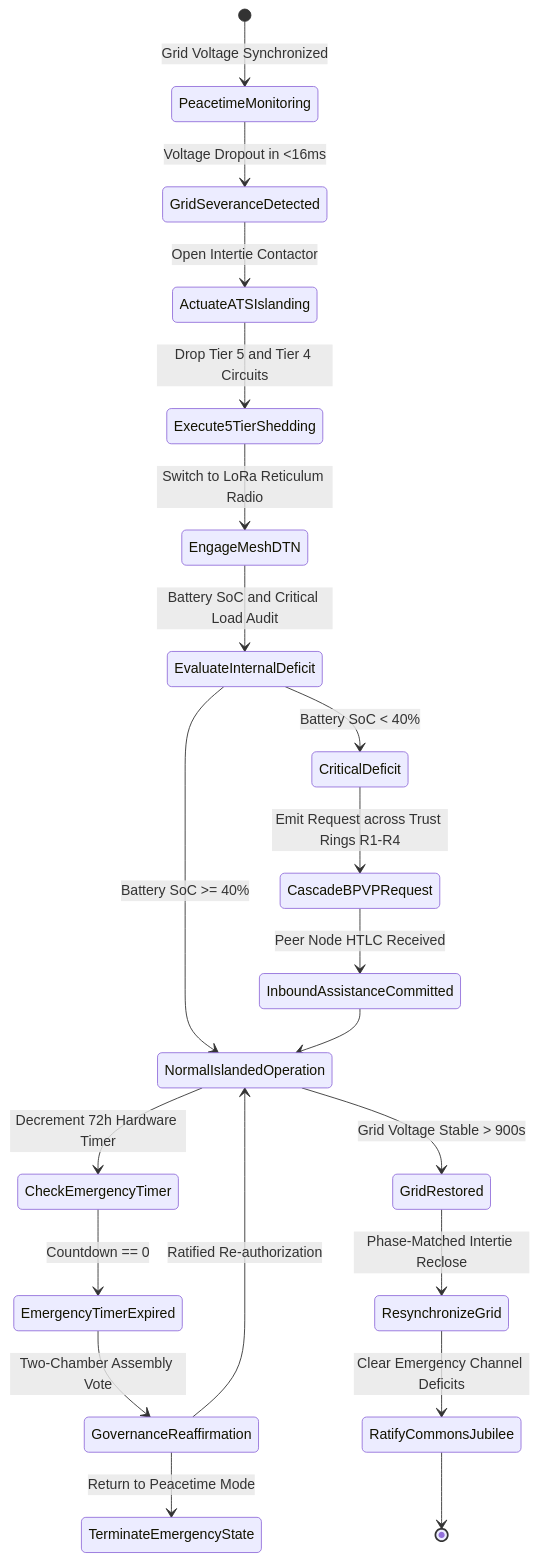
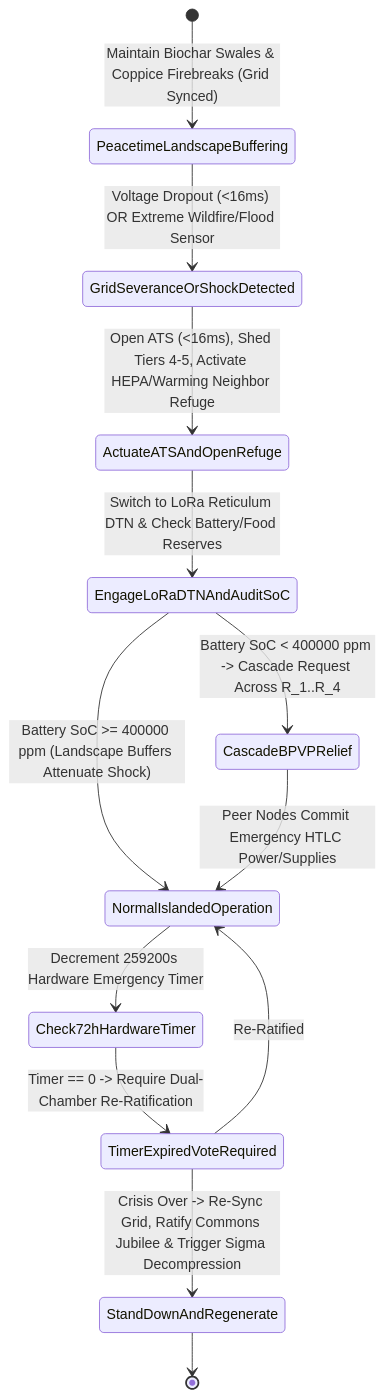
Before and after one commit to raffaine/collective: the third of 3 diagrams in docs/scenarios/upsilon_shock.md, drawn with Mermaid. The commit also changed other lines of this file and 33 other files, not shown here.

````diff
--- a/docs/scenarios/upsilon_shock.md
+++ b/docs/scenarios/upsilon_shock.md
@@ -89,27 +126,18 @@
 ```mermaid
 stateDiagram-v2
-    [*] --> PeacetimeMonitoring: Grid Voltage Synchronized
-    PeacetimeMonitoring --> GridSeveranceDetected: Voltage Dropout in <16ms
-    GridSeveranceDetected --> ActuateATSIslanding: Open Intertie Contactor
-    ActuateATSIslanding --> Execute5TierShedding: Drop Tier 5 and Tier 4 Circuits
-    Execute5TierShedding --> EngageMeshDTN: Switch to LoRa Reticulum Radio
-    EngageMeshDTN --> EvaluateInternalDeficit: Battery SoC and Critical Load Audit
-    
-    EvaluateInternalDeficit --> NormalIslandedOperation: Battery SoC >= 40%
-    NormalIslandedOperation --> CheckEmergencyTimer: Decrement 72h Hardware Timer
-    
-    EvaluateInternalDeficit --> CriticalDeficit: Battery SoC < 40%
-    CriticalDeficit --> CascadeBPVPRequest: Emit Request across Trust Rings R1-R4
-    CascadeBPVPRequest --> InboundAssistanceCommitted: Peer Node HTLC Received
-    InboundAssistanceCommitted --> NormalIslandedOperation
-    
-    CheckEmergencyTimer --> EmergencyTimerExpired: Countdown == 0
-    EmergencyTimerExpired --> GovernanceReaffirmation: Two-Chamber Assembly Vote
-    GovernanceReaffirmation --> NormalIslandedOperation: Ratified Re-authorization
-    GovernanceReaffirmation --> TerminateEmergencyState: Return to Peacetime Mode
-    
-    NormalIslandedOperation --> GridRestored: Grid Voltage Stable > 900s
-    GridRestored --> ResynchronizeGrid: Phase-Matched Intertie Reclose
-    ResynchronizeGrid --> RatifyCommonsJubilee: Clear Emergency Channel Deficits
-    RatifyCommonsJubilee --> [*]
+    [*] --> PeacetimeLandscapeBuffering: Maintain Biochar Swales & Coppice Firebreaks (Grid Synced)
+    PeacetimeLandscapeBuffering --> GridSeveranceOrShockDetected: Voltage Dropout (<16ms) OR Extreme Wildfire/Flood Sensor
+    GridSeveranceOrShockDetected --> ActuateATSAndOpenRefuge: Open ATS (<16ms), Shed Tiers 4-5, Activate HEPA/Warming Neighbor Refuge
+    ActuateATSAndOpenRefuge --> EngageLoRaDTNAndAuditSoC: Switch to LoRa Reticulum DTN & Check Battery/Food Reserves
+
+    EngageLoRaDTNAndAuditSoC --> NormalIslandedOperation: Battery SoC >= 400000 ppm (Landscape Buffers Attenuate Shock)
+    NormalIslandedOperation --> Check72hHardwareTimer: Decrement 259200s Hardware Emergency Timer
+
+    EngageLoRaDTNAndAuditSoC --> CascadeBPVPRelief: Battery SoC < 400000 ppm -> Cascade Request Across R_1..R_4
+    CascadeBPVPRelief --> NormalIslandedOperation: Peer Nodes Commit Emergency HTLC Power/Supplies
+
+    Check72hHardwareTimer --> TimerExpiredVoteRequired: Timer == 0 -> Require Dual-Chamber Re-Ratification
+    TimerExpiredVoteRequired --> NormalIslandedOperation: Re-Ratified
+    TimerExpiredVoteRequired --> StandDownAndRegenerate: Crisis Over -> Re-Sync Grid, Ratify Commons Jubilee & Trigger Sigma Decompression
+    StandDownAndRegenerate --> [*]
 ```
````
